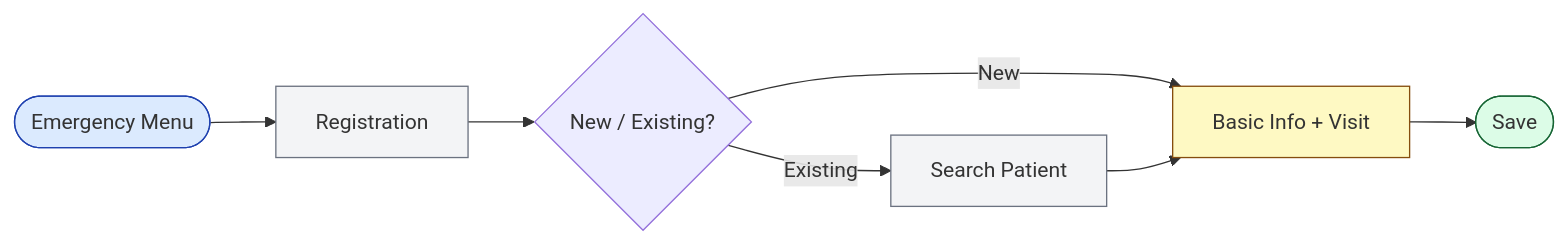
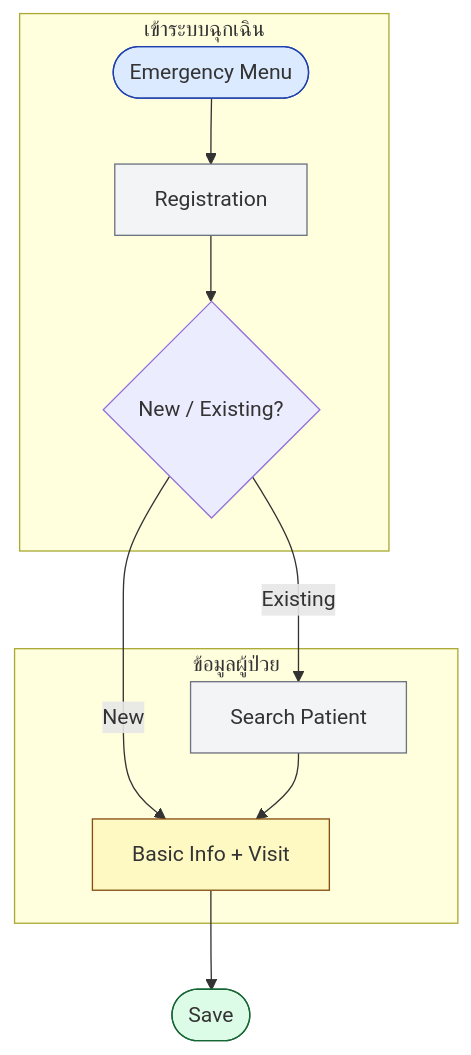
Before and after one commit to npnatt12/KMCH-HIS-Wiki: the diagram in public/charts/emergency-registration.mmd, drawn with Mermaid. The commit also changed 80 other files, not shown here.

First line of the commit message:
feat(charts): restructure all flowcharts with subgraph phases for balanced layout

```diff
--- a/public/charts/emergency-registration.mmd
+++ b/public/charts/emergency-registration.mmd
@@ -1,12 +1,16 @@
-graph LR
-  A([Emergency Menu]) --> B[Registration]
-  B --> C{New / Existing?}
-  C -->|New| D[Basic Info + Visit]
-  C -->|Existing| E[Search Patient]
-  E --> D
+graph TB
+  subgraph Entry["เข้าระบบฉุกเฉิน"]
+    A([Emergency Menu]) --> B[Registration]
+    B --> C{New / Existing?}
+  end
+  subgraph PatientInfo["ข้อมูลผู้ป่วย"]
+    C -->|New| D[Basic Info + Visit]
+    C -->|Existing| E[Search Patient]
+    E --> D
+  end
   D --> F([Save])
   style A fill:#dbeafe,stroke:#1e40af
   style B fill:#f3f4f6,stroke:#6b7280
   style D fill:#fef9c3,stroke:#854d0e
   style E fill:#f3f4f6,stroke:#6b7280
   style F fill:#dcfce7,stroke:#166534
```
